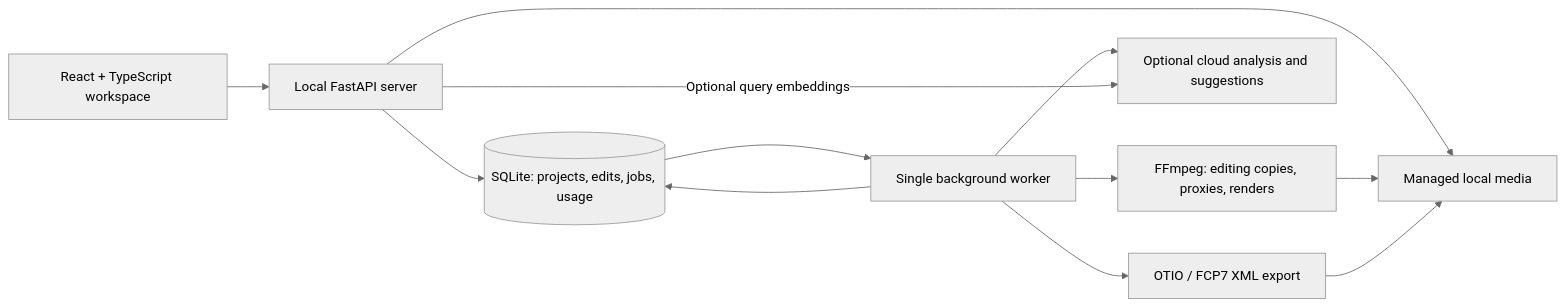
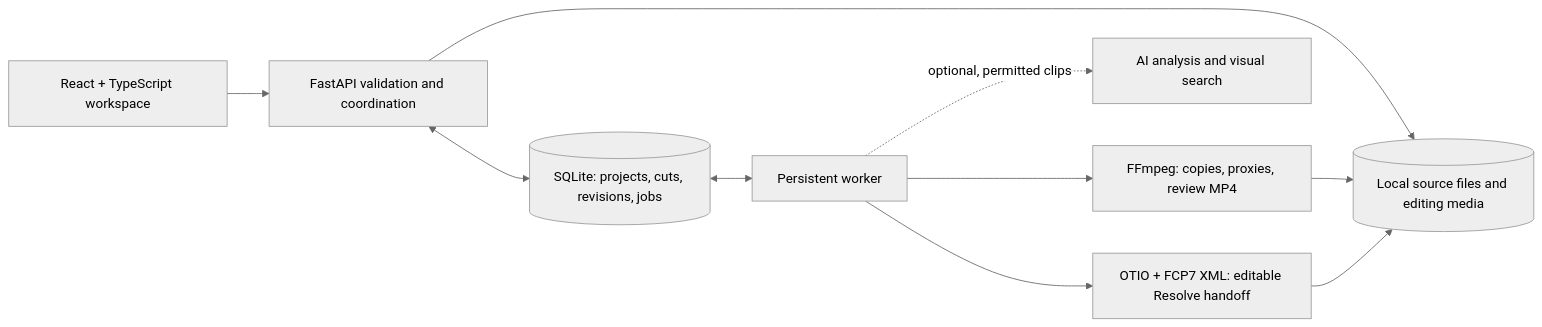
Before and after one commit to Humza1423/storyroom: the diagram in README.md, drawn with Mermaid (neutral theme). The commit also changed other lines of this file, not shown here.

````diff
--- a/README.md
+++ b/README.md
@@ -101,14 +45,12 @@
 ```mermaid
 flowchart LR
-    UI[React + TypeScript workspace] --> API[Local FastAPI server]
-    API --> DB[(SQLite: projects, edits, jobs, usage)]
-    API --> Media[Managed local media]
-    DB --> Worker[Single background worker]
-    Worker --> FFmpeg[FFmpeg: editing copies, proxies, renders]
-    Worker --> AI[Optional cloud analysis and suggestions]
-    API -->|Optional query embeddings| AI
-    Worker --> Export[OTIO / FCP7 XML export]
-    FFmpeg --> Media
-    Export --> Media
-    Worker --> DB
+    UI[React + TypeScript workspace] --> API[FastAPI validation and coordination]
+    API <--> DB[(SQLite: projects, cuts, revisions, jobs)]
+    API --> Files[(Local source files and editing media)]
+    DB <--> Worker[Persistent worker]
+    Worker --> FFmpeg[FFmpeg: copies, proxies, review MP4]
+    Worker -. optional, permitted clips .-> AI[AI analysis and visual search]
+    Worker --> Export[OTIO + FCP7 XML: editable Resolve handoff]
+    FFmpeg --> Files
+    Export --> Files
 ```
````
